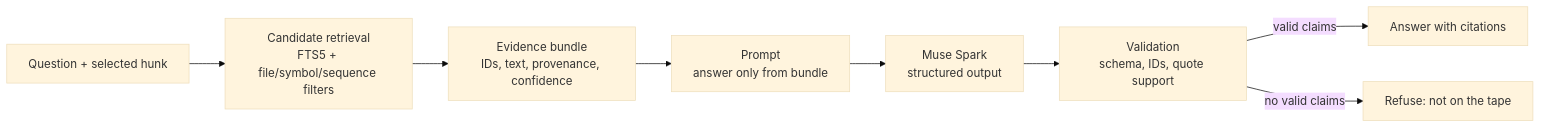
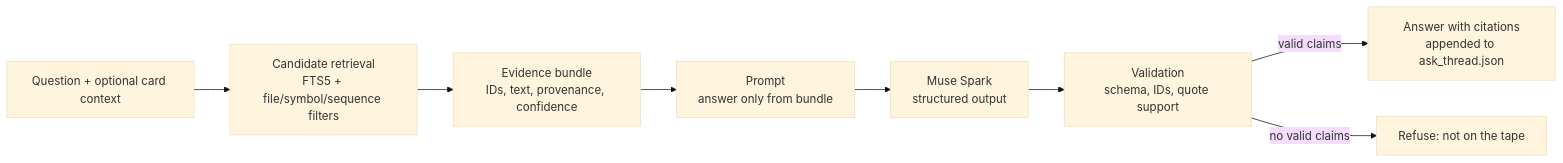
The third of 3 diagrams in docs/ARCHITECTURE.md (DammyCodes-all/echo), drawn with Mermaid (base theme) before and after one commit. The commit also changed other lines of this file and 1 other file, not shown here.

````diff
--- a/docs/ARCHITECTURE.md
+++ b/docs/ARCHITECTURE.md
@@ -1122,10 +1137,10 @@
 ```mermaid
 flowchart LR
-  Q["Question + selected hunk"] --> R["Candidate retrieval<br/>FTS5 + file/symbol/sequence filters"]
+  Q["Question + optional card context"] --> R["Candidate retrieval<br/>FTS5 + file/symbol/sequence filters"]
   R --> B["Evidence bundle<br/>IDs, text, provenance, confidence"]
   B --> P["Prompt<br/>answer only from bundle"]
   P --> M["Muse Spark<br/>structured output"]
   M --> V["Validation<br/>schema, IDs, quote support"]
-  V -->|valid claims| A["Answer with citations"]
+  V -->|valid claims| A["Answer with citations<br/>appended to ask_thread.json"]
   V -->|no valid claims| F["Refuse: not on the tape"]
 ```
````
